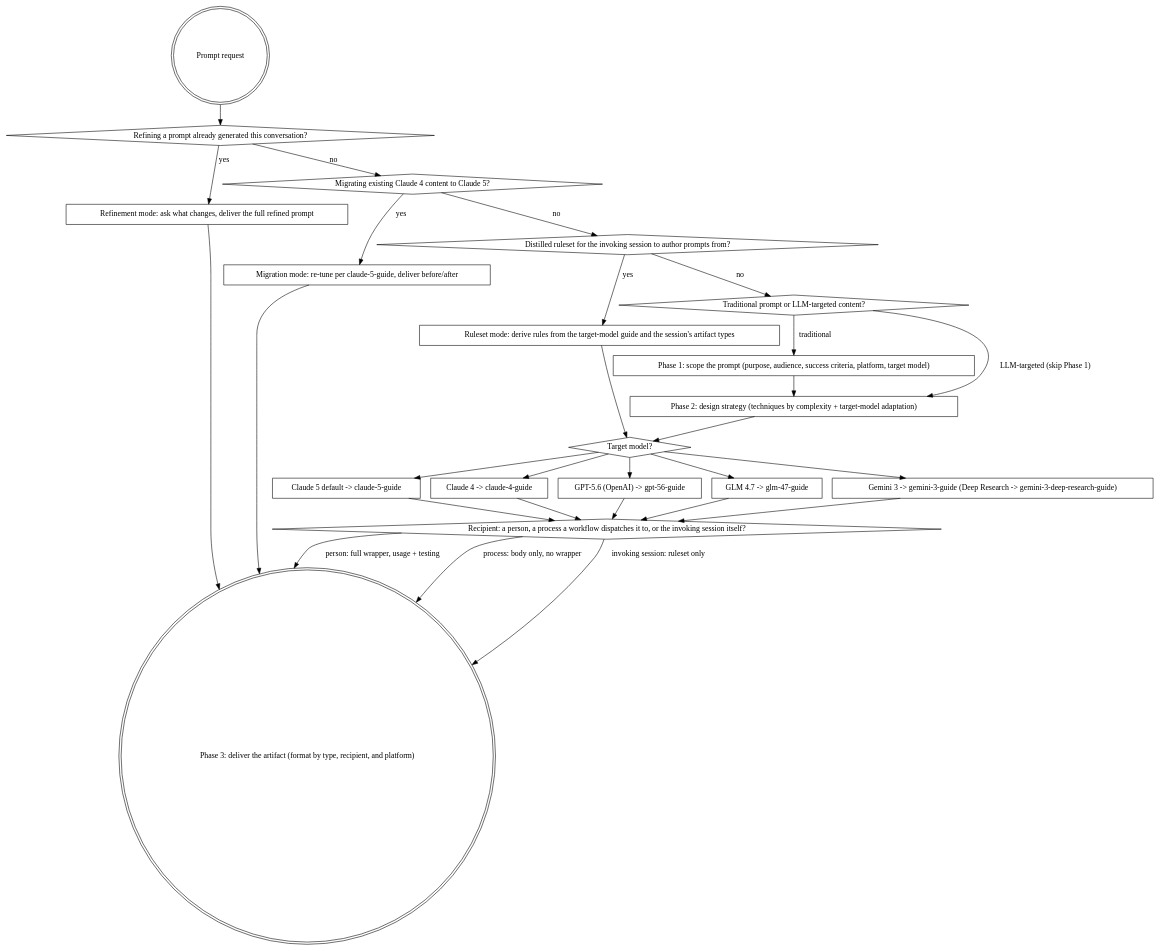
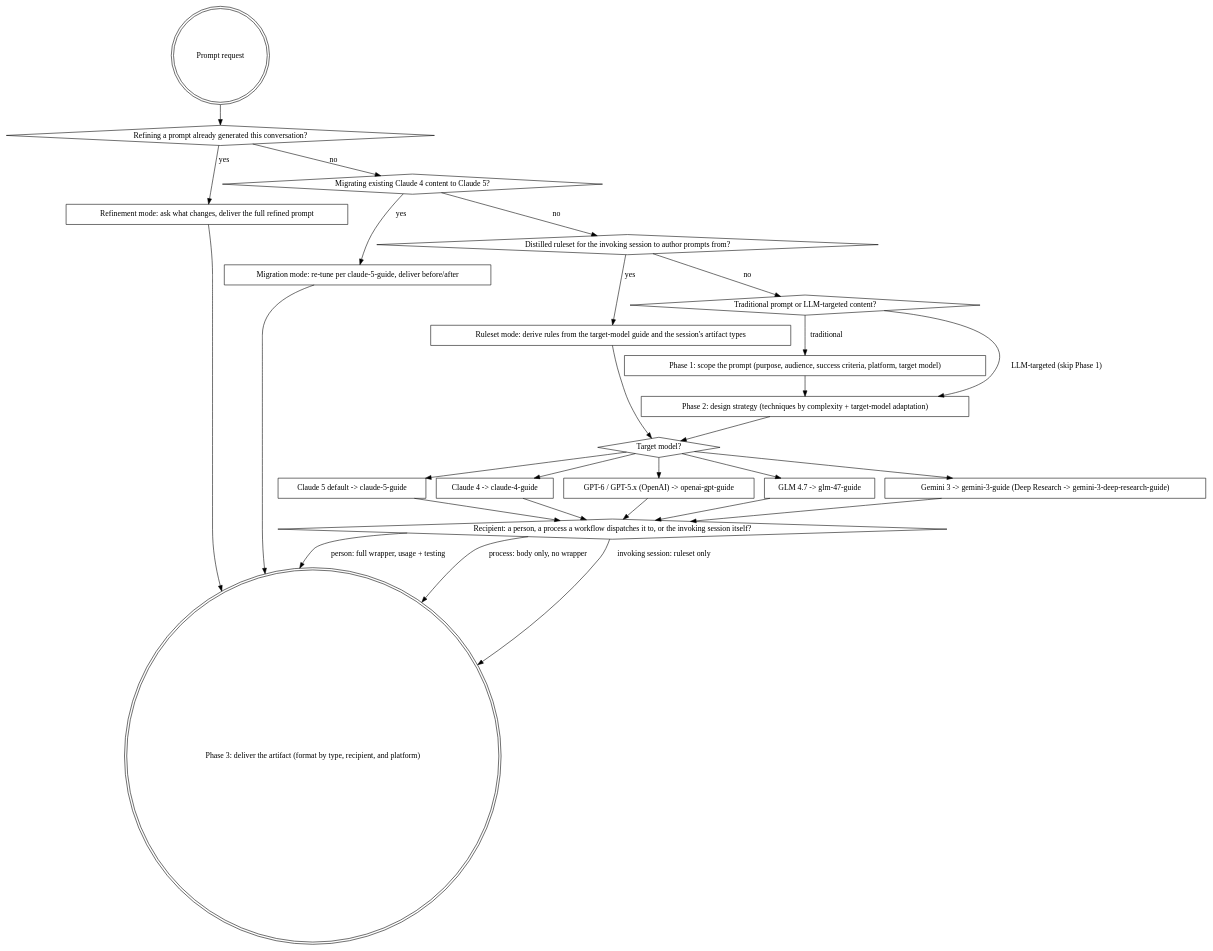
The diagram in plugins/llm-author/skills/prompt-engineering/SKILL.md (it-bens/ai-tools), drawn with Graphviz before and after one commit. The commit also changed other lines of this file and 46 other files, not shown here.

````diff
--- a/plugins/llm-author/skills/prompt-engineering/SKILL.md
+++ b/plugins/llm-author/skills/prompt-engineering/SKILL.md
@@ -47,50 +47,50 @@
 ```dot
 digraph prompt_engineering {
     "Prompt request" [shape=doublecircle];
     "Refining a prompt already generated this conversation?" [shape=diamond];
     "Refinement mode: ask what changes, deliver the full refined prompt" [shape=box];
     "Migrating existing Claude 4 content to Claude 5?" [shape=diamond];
     "Migration mode: re-tune per claude-5-guide, deliver before/after" [shape=box];
     "Distilled ruleset for the invoking session to author prompts from?" [shape=diamond];
     "Ruleset mode: derive rules from the target-model guide and the session's artifact types" [shape=box];
     "Traditional prompt or LLM-targeted content?" [shape=diamond];
     "Phase 1: scope the prompt (purpose, audience, success criteria, platform, target model)" [shape=box];
     "Phase 2: design strategy (techniques by complexity + target-model adaptation)" [shape=box];
     "Target model?" [shape=diamond];
     "Claude 5 default -> claude-5-guide" [shape=box];
     "Claude 4 -> claude-4-guide" [shape=box];
-    "GPT-5.6 (OpenAI) -> gpt-56-guide" [shape=box];
+    "GPT-6 / GPT-5.x (OpenAI) -> openai-gpt-guide" [shape=box];
     "GLM 4.7 -> glm-47-guide" [shape=box];
     "Gemini 3 -> gemini-3-guide (Deep Research -> gemini-3-deep-research-guide)" [shape=box];
     "Recipient: a person, a process a workflow dispatches it to, or the invoking session itself?" [shape=diamond];
     "Phase 3: deliver the artifact (format by type, recipient, and platform)" [shape=doublecircle];
 
     "Prompt request" -> "Refining a prompt already generated this conversation?";
     "Refining a prompt already generated this conversation?" -> "Refinement mode: ask what changes, deliver the full refined prompt" [label="yes"];
     "Refinement mode: ask what changes, deliver the full refined prompt" -> "Phase 3: deliver the artifact (format by type, recipient, and platform)";
     "Refining a prompt already generated this conversation?" -> "Migrating existing Claude 4 content to Claude 5?" [label="no"];
     "Migrating existing Claude 4 content to Claude 5?" -> "Migration mode: re-tune per claude-5-guide, deliver before/after" [label="yes"];
     "Migration mode: re-tune per claude-5-guide, deliver before/after" -> "Phase 3: deliver the artifact (format by type, recipient, and platform)";
     "Migrating existing Claude 4 content to Claude 5?" -> "Distilled ruleset for the invoking session to author prompts from?" [label="no"];
     "Distilled ruleset for the invoking session to author prompts from?" -> "Ruleset mode: derive rules from the target-model guide and the session's artifact types" [label="yes"];
     "Ruleset mode: derive rules from the target-model guide and the session's artifact types" -> "Target model?";
     "Distilled ruleset for the invoking session to author prompts from?" -> "Traditional prompt or LLM-targeted content?" [label="no"];
     "Traditional prompt or LLM-targeted content?" -> "Phase 1: scope the prompt (purpose, audience, success criteria, platform, target model)" [label="traditional"];
     "Traditional prompt or LLM-targeted content?" -> "Phase 2: design strategy (techniques by complexity + target-model adaptation)" [label="LLM-targeted (skip Phase 1)"];
     "Phase 1: scope the prompt (purpose, audience, success criteria, platform, target model)" -> "Phase 2: design strategy (techniques by complexity + target-model adaptation)";
     "Phase 2: design strategy (techniques by complexity + target-model adaptation)" -> "Target model?";
     "Target model?" -> "Claude 5 default -> claude-5-guide";
     "Target model?" -> "Claude 4 -> claude-4-guide";
-    "Target model?" -> "GPT-5.6 (OpenAI) -> gpt-56-guide";
+    "Target model?" -> "GPT-6 / GPT-5.x (OpenAI) -> openai-gpt-guide";
     "Target model?" -> "GLM 4.7 -> glm-47-guide";
     "Target model?" -> "Gemini 3 -> gemini-3-guide (Deep Research -> gemini-3-deep-research-guide)";
     "Claude 5 default -> claude-5-guide" -> "Recipient: a person, a process a workflow dispatches it to, or the invoking session itself?";
     "Claude 4 -> claude-4-guide" -> "Recipient: a person, a process a workflow dispatches it to, or the invoking session itself?";
-    "GPT-5.6 (OpenAI) -> gpt-56-guide" -> "Recipient: a person, a process a workflow dispatches it to, or the invoking session itself?";
+    "GPT-6 / GPT-5.x (OpenAI) -> openai-gpt-guide" -> "Recipient: a person, a process a workflow dispatches it to, or the invoking session itself?";
     "GLM 4.7 -> glm-47-guide" -> "Recipient: a person, a process a workflow dispatches it to, or the invoking session itself?";
     "Gemini 3 -> gemini-3-guide (Deep Research -> gemini-3-deep-research-guide)" -> "Recipient: a person, a process a workflow dispatches it to, or the invoking session itself?";
     "Recipient: a person, a process a workflow dispatches it to, or the invoking session itself?" -> "Phase 3: deliver the artifact (format by type, recipient, and platform)" [label="person: full wrapper, usage + testing"];
     "Recipient: a person, a process a workflow dispatches it to, or the invoking session itself?" -> "Phase 3: deliver the artifact (format by type, recipient, and platform)" [label="process: body only, no wrapper"];
     "Recipient: a person, a process a workflow dispatches it to, or the invoking session itself?" -> "Phase 3: deliver the artifact (format by type, recipient, and platform)" [label="invoking session: ruleset only"];
 }
 ```
````
